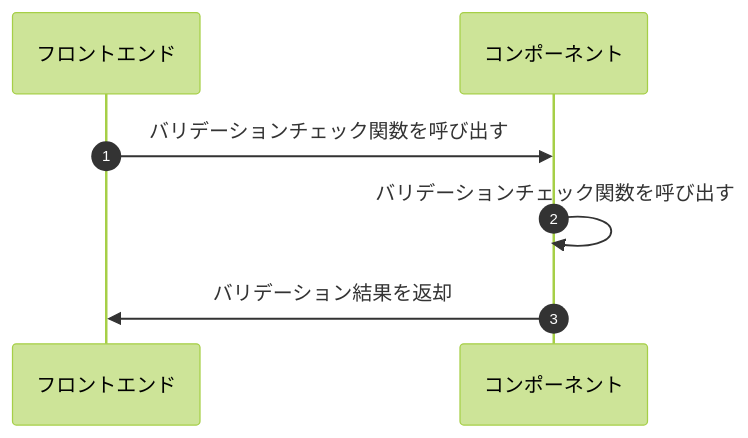
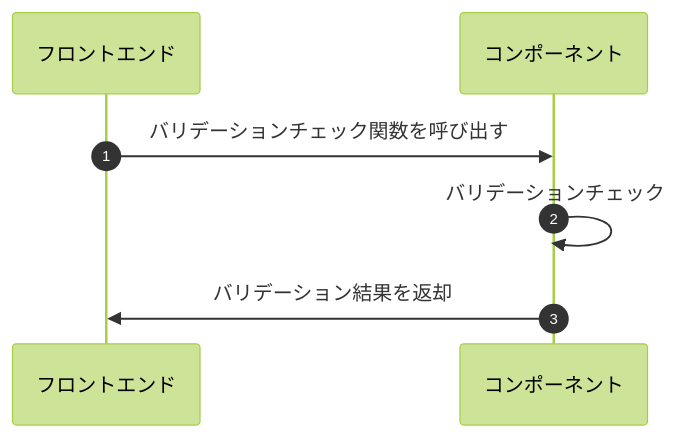
One commit to MrWangpeilin945/FlutterIOS changed the diagram in Documents/UI設計書/src/docs/コンポーネント/CP1002_検査項目グループ_検査：選択/CP1002-TriggerValidation.mmd. Above: the diagram before and after it, drawn with Mermaid. The commit also changed 8 other files, not shown here.

Commit message:
バリデーションチェック関数のシーケンス図を修正

```diff
--- a/Documents/UI設計書/src/docs/コンポーネント/CP1002_検査項目グループ_検査：選択/CP1002-TriggerValidation.mmd
+++ b/Documents/UI設計書/src/docs/コンポーネント/CP1002_検査項目グループ_検査：選択/CP1002-TriggerValidation.mmd
@@ -1,10 +1,10 @@
 %%{init:{'theme':'forest'}}%%
 sequenceDiagram
 autonumber
   #actor User as 職員
   participant FE as フロントエンド
   participant KN as コンポーネント  
 
   FE->>KN:バリデーションチェック関数を呼び出す
-  KN->>KN:バリデーションチェック関数を呼び出す
+  KN->>KN:バリデーションチェック
   KN->>FE:バリデーション結果を返却
```
